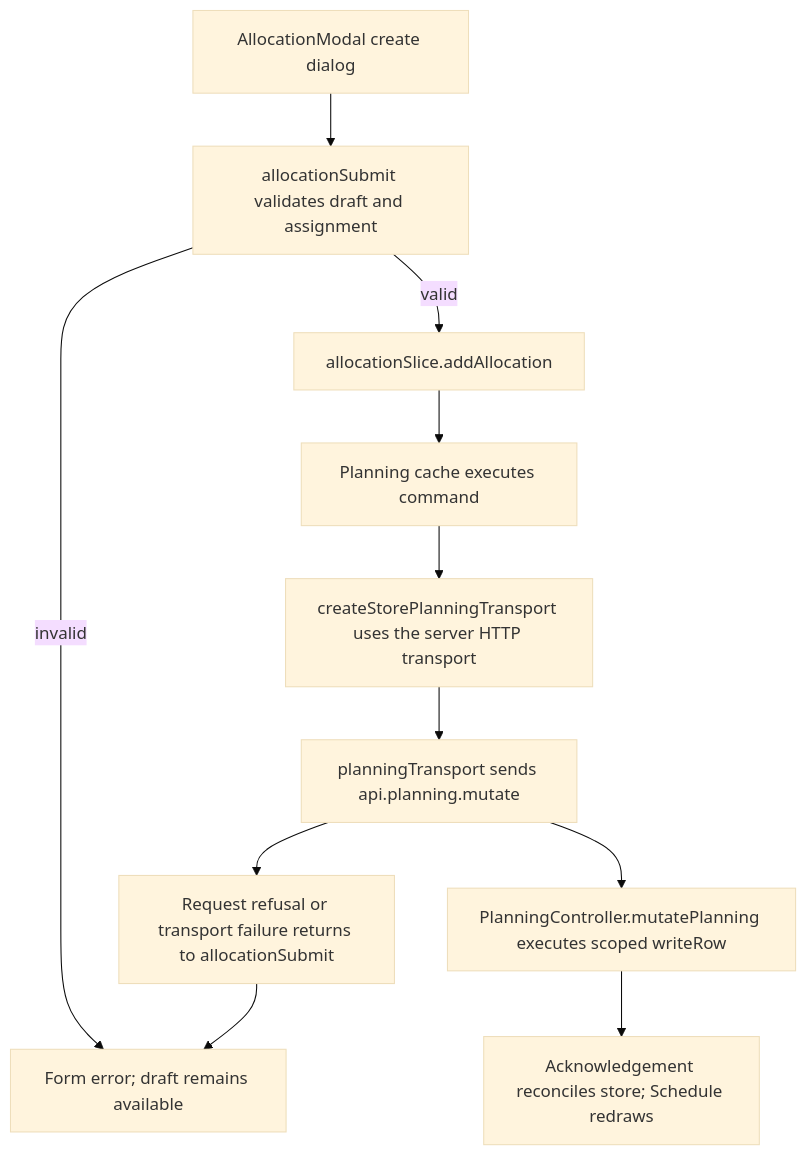
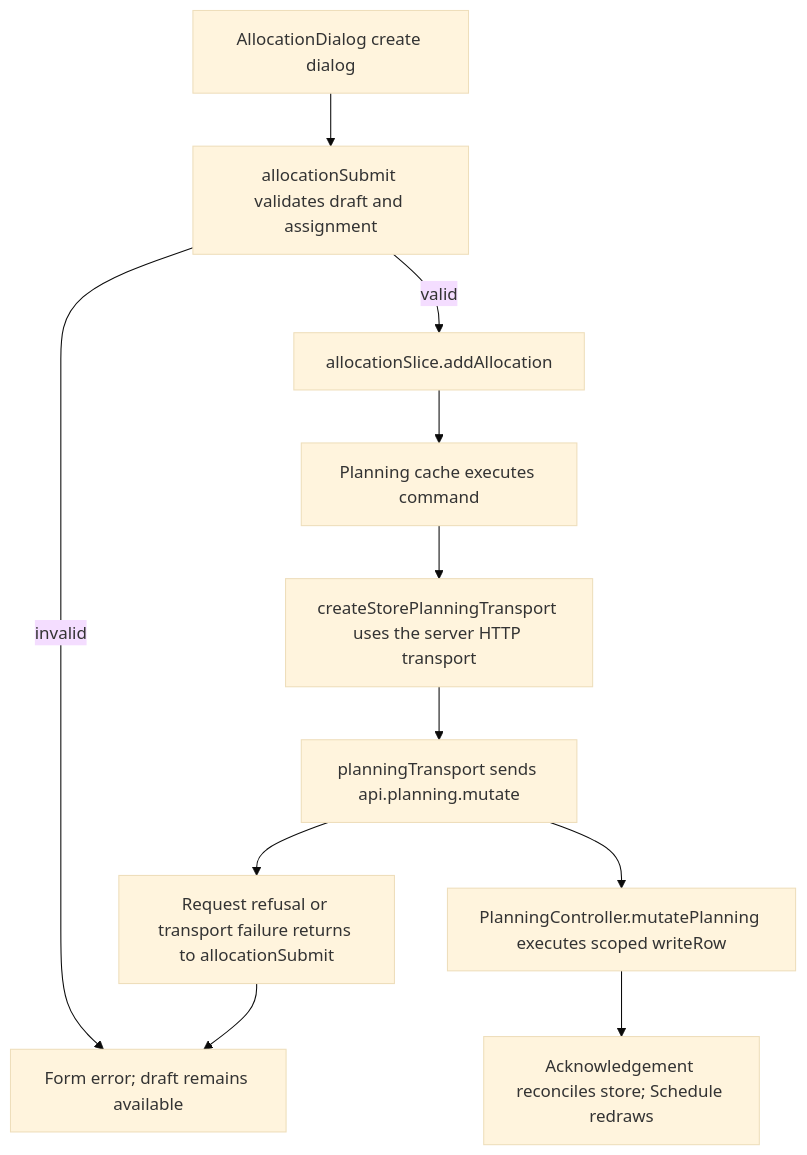
Before and after one commit to Kevinjohn/capacitylens: the second of 2 diagrams in user-stories/allocation/US-ALL-01-create.md, drawn with Mermaid (base theme). The commit also changed other lines of this file and 47 other files, not shown here.

First line of the commit message:
Allocation dialog: rename allocation modal files and types

````diff
--- a/user-stories/allocation/US-ALL-01-create.md
+++ b/user-stories/allocation/US-ALL-01-create.md
@@ -55,13 +55,13 @@
 ```mermaid
 flowchart TD
-  A["AllocationModal create dialog"] --> B["allocationSubmit validates draft and assignment"]
+  A["AllocationDialog create dialog"] --> B["allocationSubmit validates draft and assignment"]
   B -->|valid| C["allocationSlice.addAllocation"]
   B -->|invalid| I["Field/form error; dialog remains open"]
   C --> D["Planning cache executes command"]
   D --> E["createStorePlanningTransport uses the server HTTP transport"]
   E --> F["planningTransport sends api.planning.mutate"]
   F --> J["Request refusal or transport failure returns to allocationSubmit"]
   J --> I["Form error; draft remains available"]
   F --> G["PlanningController.mutatePlanning executes scoped writeRow"]
   G --> H["Acknowledgement reconciles store; Schedule redraws"]
 ```
````
